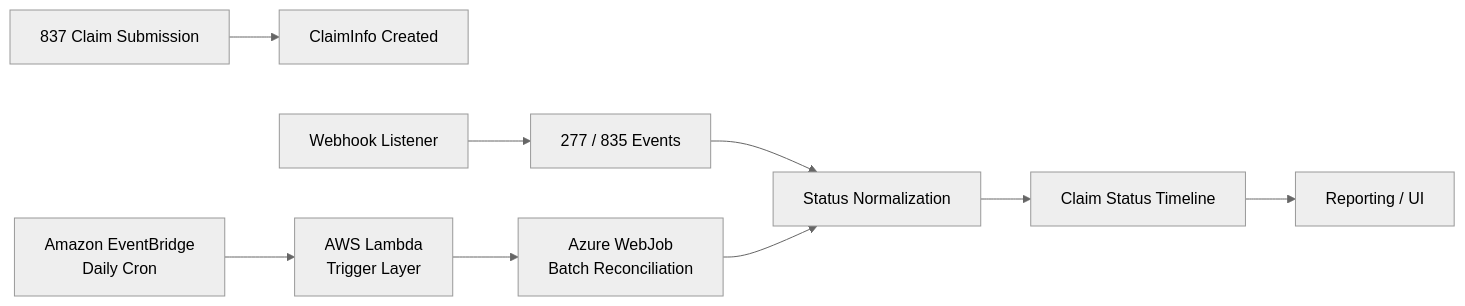
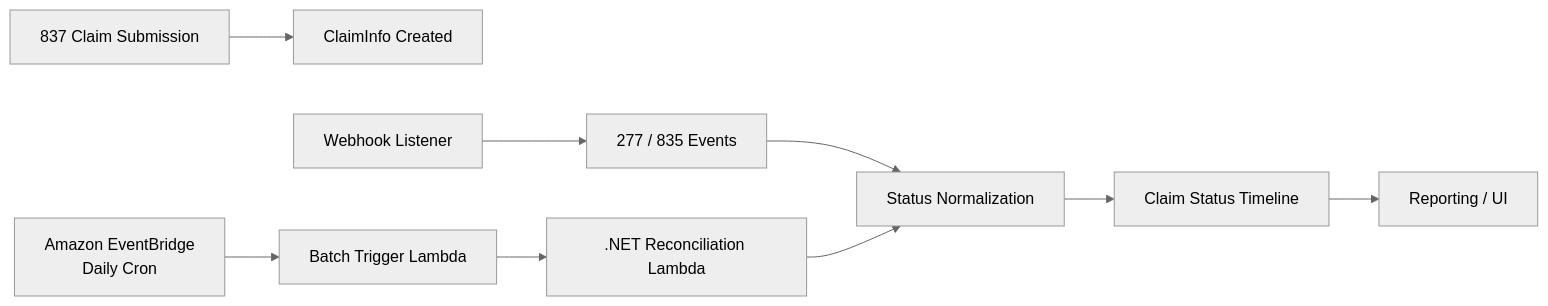
Before and after one commit to yeschan119/insurance-claim-tracking-system: the first of 2 diagrams in README.md, drawn with Mermaid (neutral theme). The commit also changed other lines of this file, not shown here.

````diff
--- a/README.md
+++ b/README.md
@@ -100,14 +101,14 @@
 ```mermaid
 flowchart LR
     A["837 Claim Submission"] --> B["ClaimInfo Created"]
 
     C["Webhook Listener"] --> D["277 / 835 Events"]
     D --> E["Status Normalization"]
 
-    EB["Amazon EventBridge<br/>Daily Cron"] --> L["AWS Lambda<br/>Trigger Layer"]
-    L --> W["Azure WebJob<br/>Batch Reconciliation"]
-    W --> E
+    EB["Amazon EventBridge<br/>Daily Cron"] --> BL["Batch Trigger Lambda"]
+    BL --> DL[".NET Reconciliation Lambda"]
+    DL --> E
 
     E --> H["Claim Status Timeline"]
     H --> I["Reporting / UI"]
 ```
````
